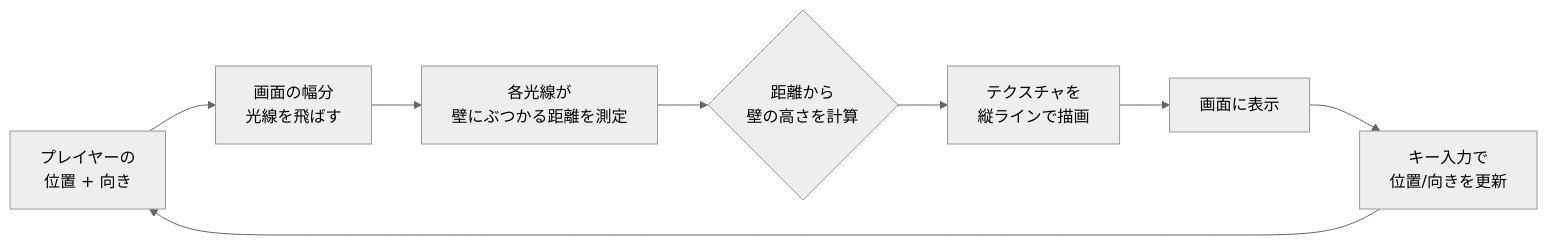
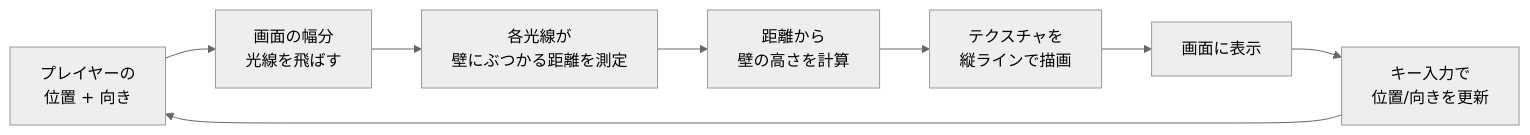
One commit to Tsunanko/cub3d-guide changed the first of 9 diagrams in docs/03-raycasting.md. Above: the diagram before and after it, drawn with Mermaid (neutral theme). The commit also changed other lines of this file and 5 other files, not shown here.

Commit message:
Add debugging page with 4 real bug fixes, replace ASCII art with Mermaid diagrams

````diff
--- a/docs/03-raycasting.md
+++ b/docs/03-raycasting.md
@@ -20,10 +18,10 @@
 ```mermaid
 flowchart LR
     A[プレイヤーの<br>位置 + 向き] --> B[画面の幅分<br>光線を飛ばす]
     B --> C[各光線が<br>壁にぶつかる距離を測定]
-    C --> D{距離から<br>壁の高さを計算}
+    C --> D[距離から<br>壁の高さを計算]
     D --> E[テクスチャを<br>縦ラインで描画]
     E --> F[画面に表示]
     F --> G[キー入力で<br>位置/向きを更新]
     G --> A
 ```
````
